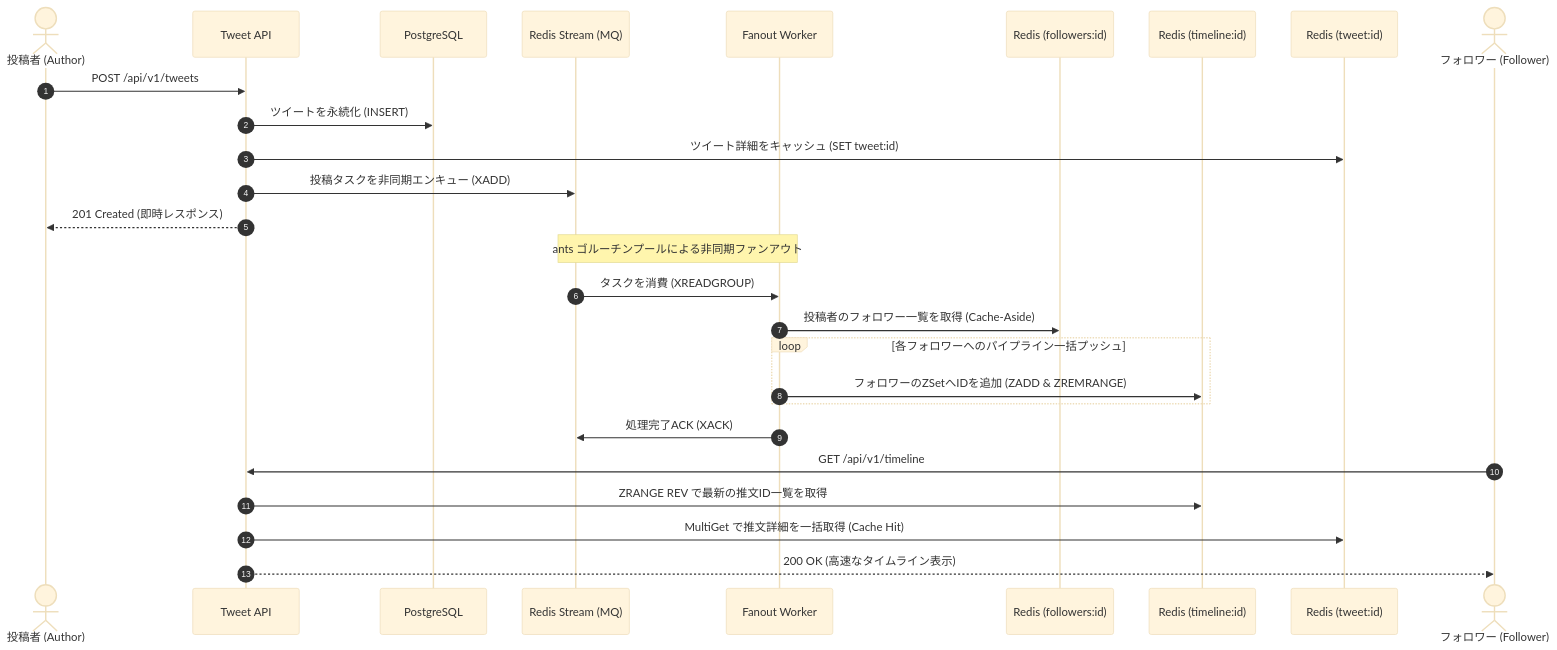
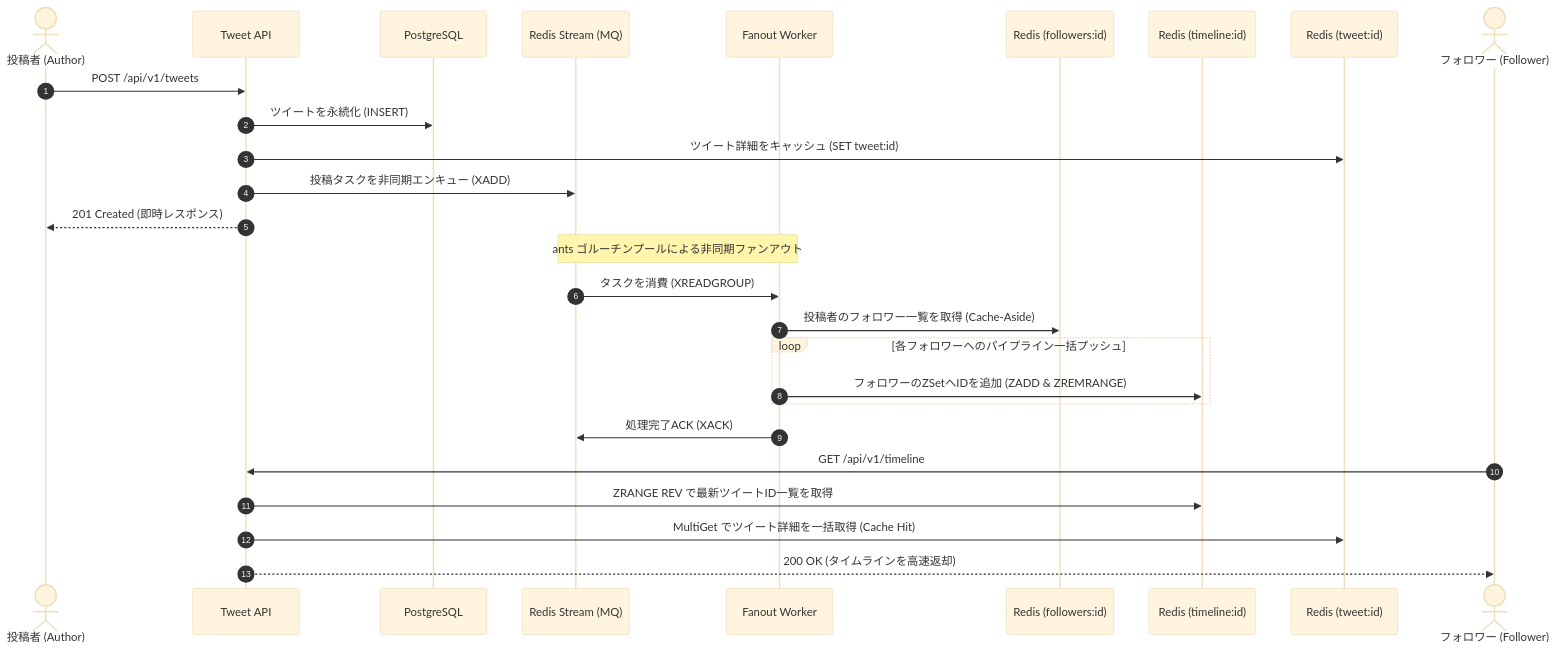
One commit to dedodododedadada/AITA changed the second of 3 diagrams in README.md. Above: the diagram before and after it, drawn with Mermaid (base theme). The commit also changed other lines of this file, not shown here.

Commit message:
docs: READMEの更新（コアフロー図の追加）

````diff
--- a/README.md
+++ b/README.md
@@ -66,29 +66,29 @@
 ```mermaid
 sequenceDiagram
     autonumber
     actor Author as 投稿者 (Author)
     participant API as Tweet API
     participant DB as PostgreSQL
     participant MQ as Redis Stream (MQ)
     participant Worker as Fanout Worker
     participant RedisFL as Redis (followers:id)
     participant RedisTL as Redis (timeline:id)
     participant RedisTW as Redis (tweet:id)
     actor Follower as フォロワー (Follower)
     Author->>API: POST /api/v1/tweets
     API->>DB: ツイートを永続化 (INSERT)
     API->>RedisTW: ツイート詳細をキャッシュ (SET tweet:id)
     API->>MQ: 投稿タスクを非同期エンキュー (XADD)
     API-->>Author: 201 Created (即時レスポンス)
     Note over MQ,Worker: ants ゴルーチンプールによる非同期ファンアウト
     MQ->>Worker: タスクを消費 (XREADGROUP)
     Worker->>RedisFL: 投稿者のフォロワー一覧を取得 (Cache-Aside)
     loop 各フォロワーへのパイプライン一括プッシュ
         Worker->>RedisTL: フォロワーのZSetへIDを追加 (ZADD & ZREMRANGE)
     end
     Worker->>MQ: 処理完了ACK (XACK)
     Follower->>API: GET /api/v1/timeline
-    API->>RedisTL: ZRANGE REV で最新の推文ID一覧を取得
-    API->>RedisTW: MultiGet で推文詳細を一括取得 (Cache Hit)
-    API-->>Follower: 200 OK (高速なタイムライン表示)
+    API->>RedisTL: ZRANGE REV で最新ツイートID一覧を取得
+    API->>RedisTW: MultiGet でツイート詳細を一括取得 (Cache Hit)
+    API-->>Follower: 200 OK (タイムラインを高速返却)
 ```
````
